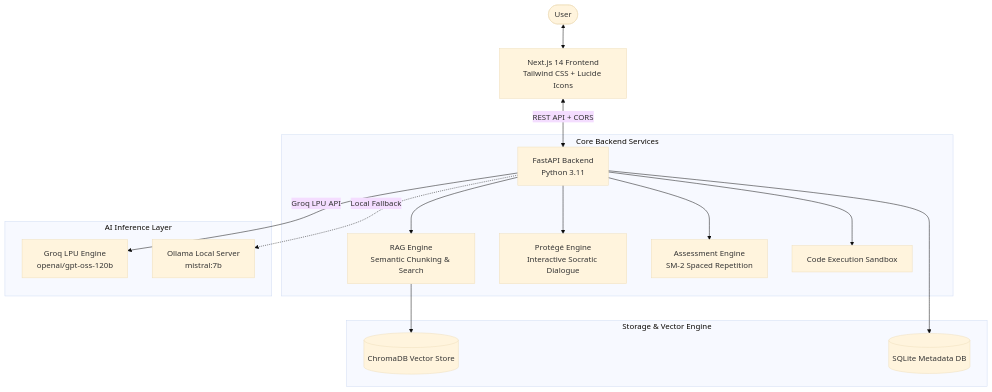
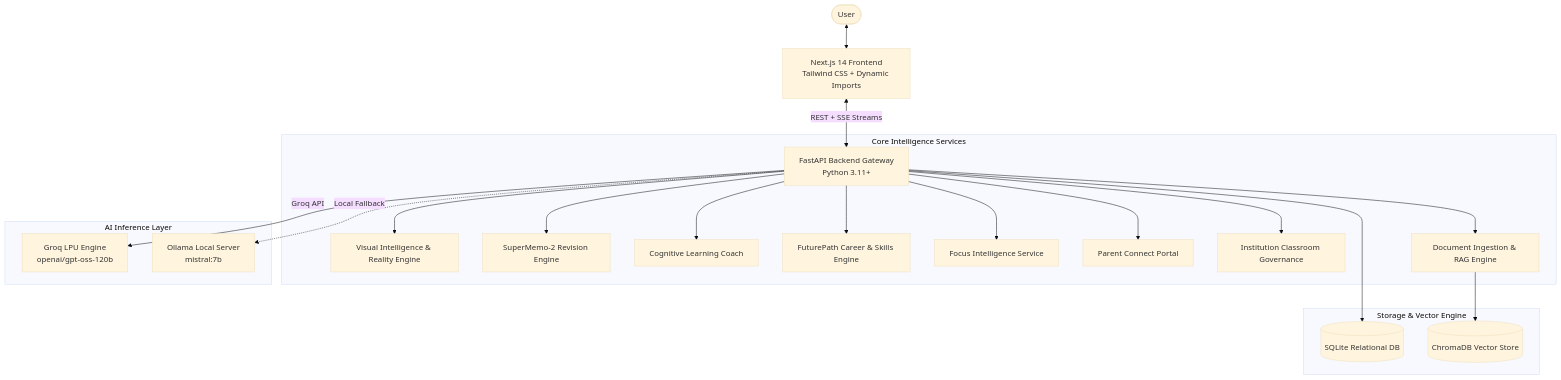
One commit to ABHISHEK-DBZ/gurucortex changed the diagram in README.md. Above: the diagram before and after it, drawn with Mermaid (base theme). The commit also changed other lines of this file and 32 other files, not shown here.

Commit message:
chore(docs): architecture, api reference, testing guide, and scripts archive

````diff
--- a/README.md
+++ b/README.md
@@ -66,22 +57,26 @@
 ```mermaid
 flowchart TD
-    User([User]) <--> Frontend[Next.js 14 Frontend\nTailwind CSS + Lucide Icons]
-    Frontend <-->|REST API + CORS| Backend[FastAPI Backend\nPython 3.11]
+    User([User]) <--> Frontend[Next.js 14 Frontend\nTailwind CSS + Dynamic Imports]
+    Frontend <-->|REST + SSE Streams| Backend[FastAPI Backend Gateway\nPython 3.11+]
     
-    subgraph "Core Backend Services"
-        Backend --> RAG[RAG Engine\nSemantic Chunking & Search]
-        Backend --> Protege[Protégé Engine\nInteractive Socratic Dialogue]
-        Backend --> Quiz[Assessment Engine\nSM-2 Spaced Repetition]
-        Backend --> CodeExec[Code Execution Sandbox]
+    subgraph "Core Intelligence Services"
+        Backend --> VisualEng[Visual Intelligence & Reality Engine]
+        Backend --> RevEng[SuperMemo-2 Revision Engine]
+        Backend --> CoachEng[Cognitive Learning Coach]
+        Backend --> CareerEng[FuturePath Career & Skills Engine]
+        Backend --> FocusEng[Focus Intelligence Service]
+        Backend --> ParentEng[Parent Connect Portal]
+        Backend --> InstEng[Institution Classroom Governance]
+        Backend --> RAGEng[Document Ingestion & RAG Engine]
     end
 
     subgraph "Storage & Vector Engine"
-        RAG --> Chroma[(ChromaDB Vector Store)]
-        Backend --> SQLite[(SQLite Metadata DB)]
+        Backend --> SQLite[(SQLite Relational DB)]
+        RAGEng --> Chroma[(ChromaDB Vector Store)]
     end
 
     subgraph "AI Inference Layer"
-        Backend -->|Groq LPU API| Groq[Groq LPU Engine\nopenai/gpt-oss-120b]
+        Backend -->|Groq API| Groq[Groq LPU Engine\nopenai/gpt-oss-120b]
         Backend -.->|Local Fallback| Ollama[Ollama Local Server\nmistral:7b]
     end
 ```
````
